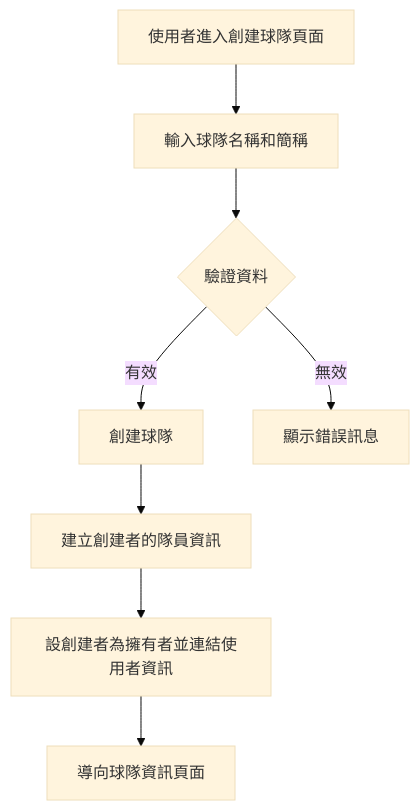
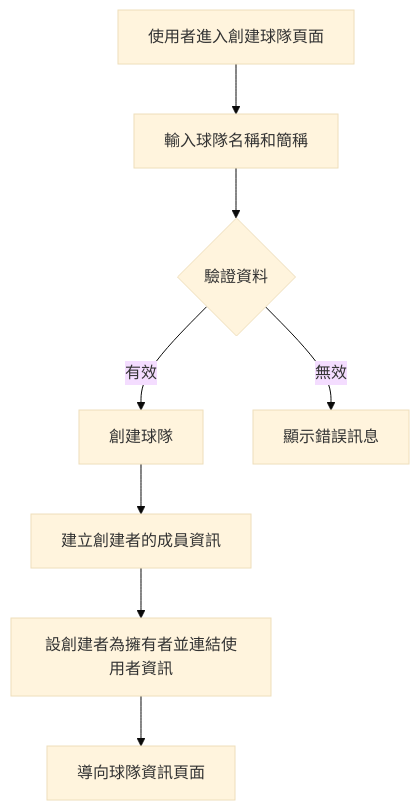
The first of 5 diagrams in docs/02_functional_requirements/02_tw_team_management.md (andrewck24/volleybro), drawn with Mermaid (base theme) before and after one commit. The commit also changed other lines of this file and 8 other files, not shown here.

````diff
--- a/docs/02_functional_requirements/02_tw_team_management.md
+++ b/docs/02_functional_requirements/02_tw_team_management.md
@@ -28,10 +28,10 @@
   ```mermaid
   graph TD
     A[使用者進入創建球隊頁面] --> B[輸入球隊名稱和簡稱]
     B --> C{驗證資料}
     C -->|有效| D[創建球隊]
     C -->|無效| E[顯示錯誤訊息]
-    D --> F[建立創建者的隊員資訊]
+    D --> F[建立創建者的成員資訊]
     F --> G[設創建者為擁有者並連結使用者資訊]
     G --> H[導向球隊資訊頁面]
   ```
````
